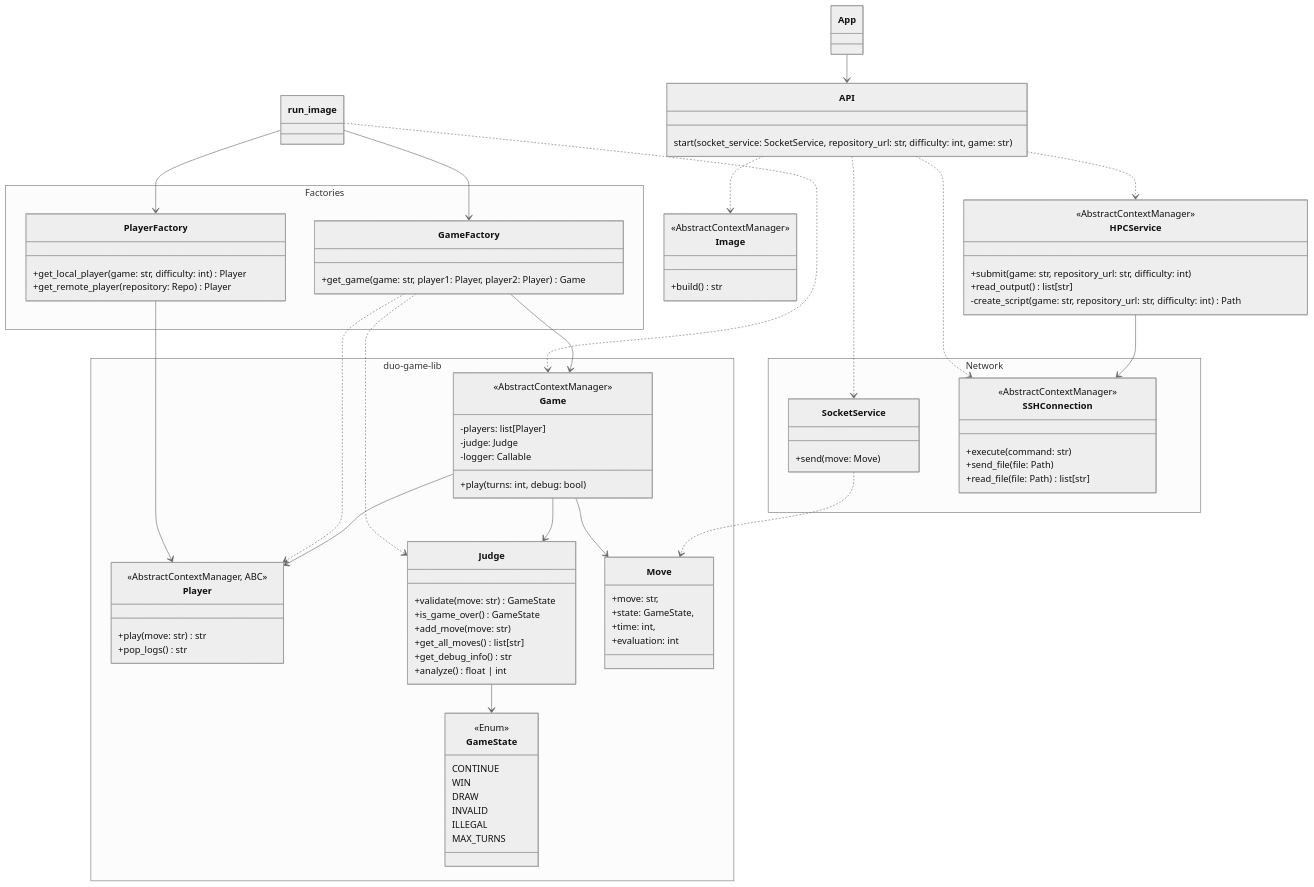
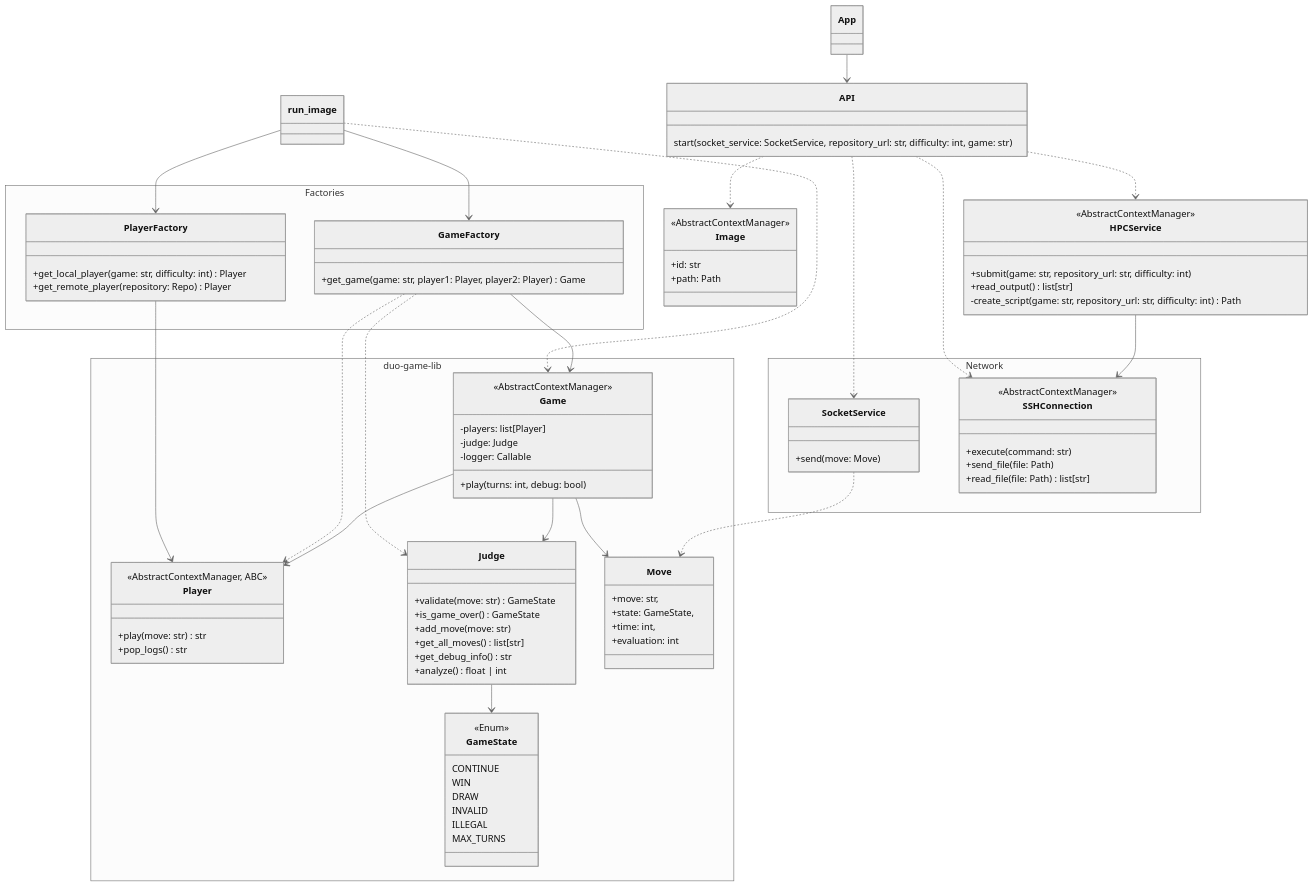
Before and after one commit to game-ai-platform-team/tira-ai-platform: the third of 5 diagrams in docs/architecture.md, drawn with Mermaid (neutral theme).

Commit message:
docs(#124): Add properties to Image

```diff
--- a/docs/architecture.md
+++ b/docs/architecture.md
@@ -164,7 +164,8 @@
 
 class Image {
     <<AbstractContextManager>>
-    +build() str
+    +id: str
+    +path: Path
 }
 
 namespace Factories {
```
